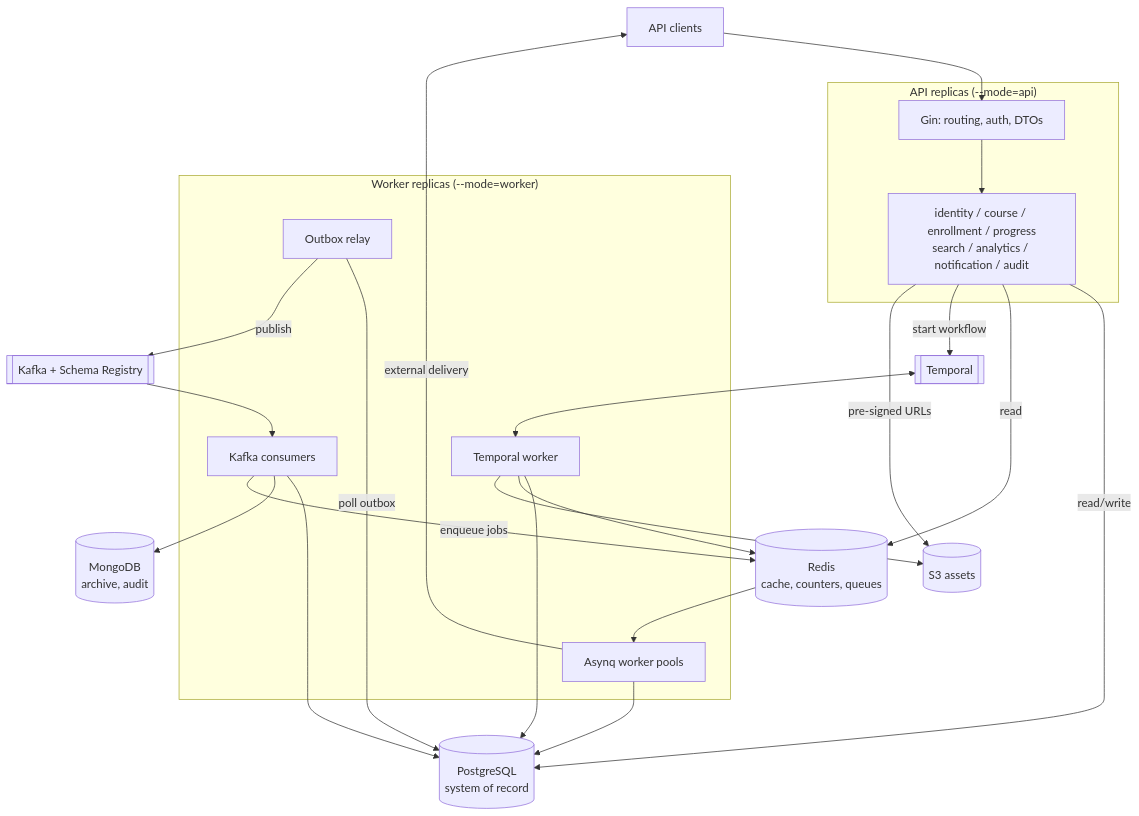
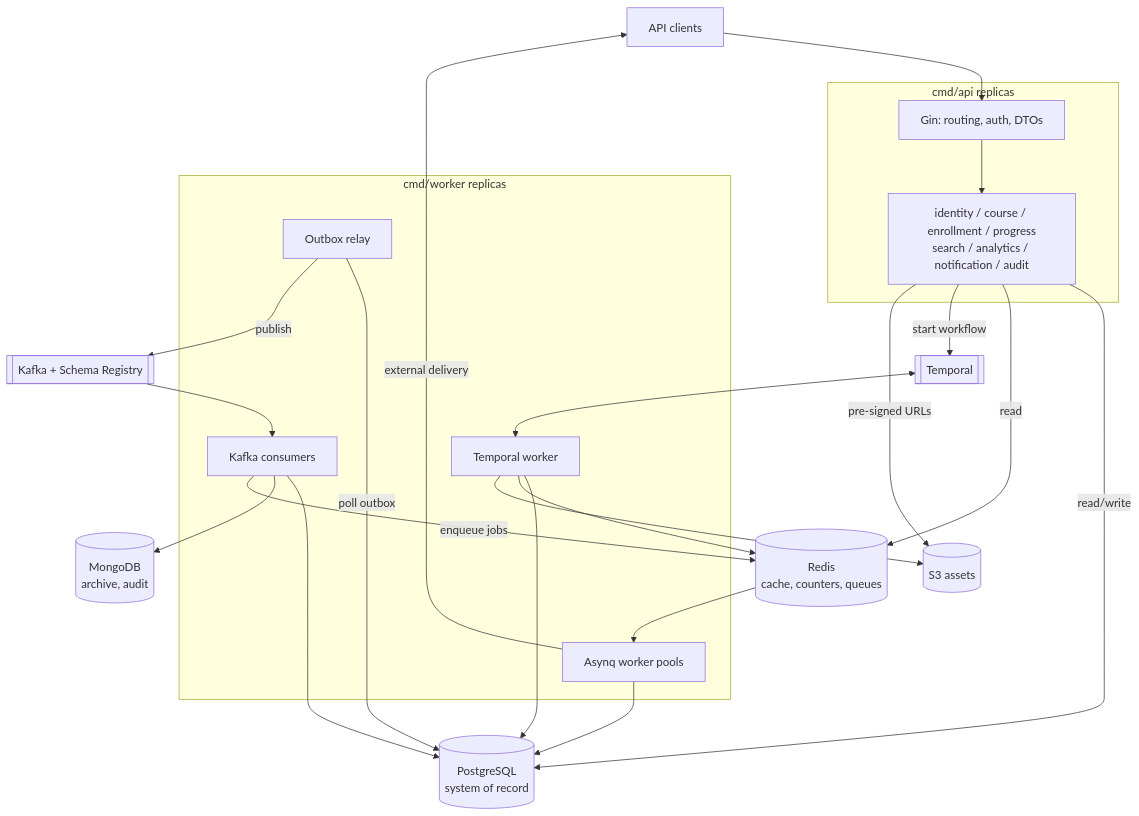
Before and after one commit to AmeerHussainEmumba/SmartCourse: the first of 2 diagrams in docs/rfc/smartcourse-rfc.md, drawn with Mermaid. The commit also changed other lines of this file and 6 other files, not shown here.

````diff
--- a/docs/rfc/smartcourse-rfc.md
+++ b/docs/rfc/smartcourse-rfc.md
@@ -255,43 +255,43 @@
 ```mermaid
 flowchart TB
     Client[API clients]
 
-    subgraph API["API replicas (--mode=api)"]
+    subgraph API["cmd/api replicas"]
         GIN[Gin: routing, auth, DTOs]
         MOD[identity / course / enrollment / progress<br/>search / analytics / notification / audit]
     end
 
-    subgraph WRK["Worker replicas (--mode=worker)"]
+    subgraph WRK["cmd/worker replicas"]
         RELAY[Outbox relay]
         KC[Kafka consumers]
         AQ[Asynq worker pools]
         TW[Temporal worker]
     end
 
     PG[(PostgreSQL<br/>system of record)]
     RD[(Redis<br/>cache, counters, queues)]
     MG[(MongoDB<br/>archive, audit)]
     KF[[Kafka + Schema Registry]]
     TMP[[Temporal]]
     S3[(S3 assets)]
 
     Client --> GIN --> MOD
     MOD -->|read/write| PG
     MOD -->|read| RD
     MOD -->|start workflow| TMP
     MOD -->|pre-signed URLs| S3
 
     RELAY -->|poll outbox| PG
     RELAY -->|publish| KF
     KF --> KC
     KC --> PG
     KC --> MG
     KC -->|enqueue jobs| RD
     RD --> AQ
     AQ --> PG
     AQ -->|external delivery| Client
     TMP <--> TW
     TW --> PG
     TW --> RD
     TW --> S3
 ```
````
